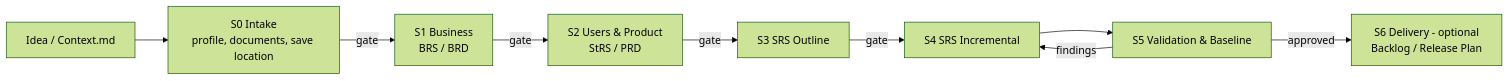
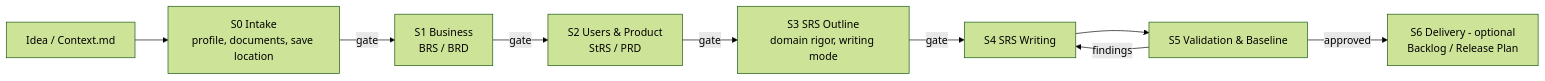
The diagram in README.md (GiaThai2310/Requirements-Documentation-Kit), drawn with Mermaid (forest theme) before and after one commit. The commit also changed other lines of this file and 35 other files, not shown here.

````diff
--- a/README.md
+++ b/README.md
@@ -102,11 +124,11 @@
 ```mermaid
 graph LR
     A[Idea / Context.md] --> S0[S0 Intake<br/>profile, documents, save location]
     S0 -->|gate| S1[S1 Business<br/>BRS / BRD]
     S1 -->|gate| S2[S2 Users & Product<br/>StRS / PRD]
-    S2 -->|gate| S3[S3 SRS Outline]
-    S3 -->|gate| S4[S4 SRS Incremental]
+    S2 -->|gate| S3[S3 SRS Outline<br/>domain rigor, writing mode]
+    S3 -->|gate| S4[S4 SRS Writing]
     S4 --> S5[S5 Validation & Baseline]
     S5 -->|findings| S4
     S5 -->|approved| S6[S6 Delivery - optional<br/>Backlog / Release Plan]
 ```
````
